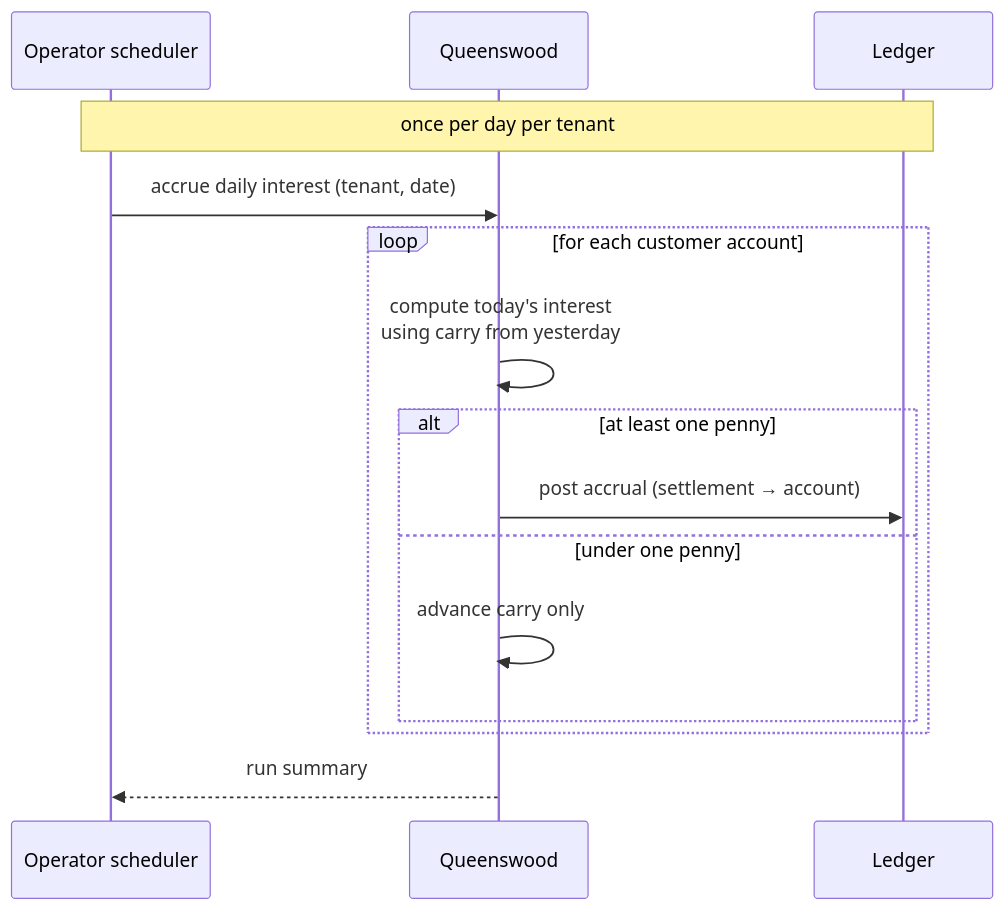
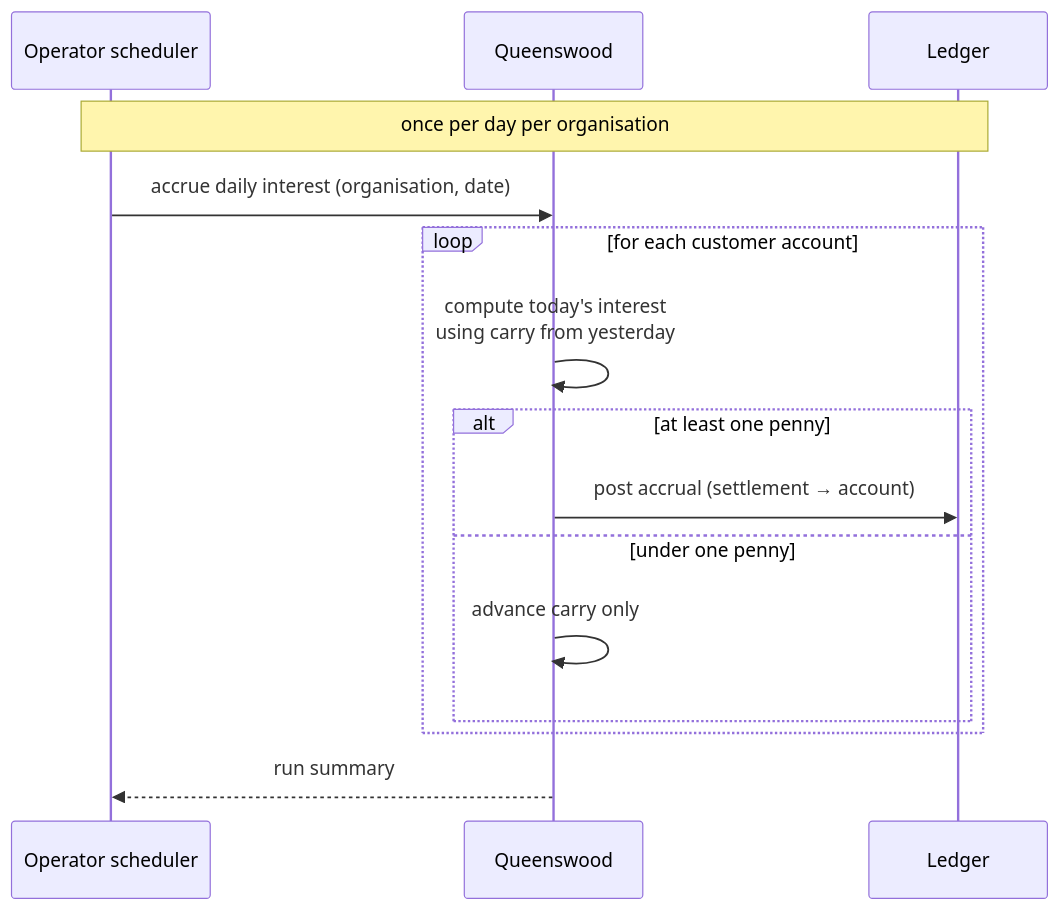
The first of 4 diagrams in docs/prd/interest.md (repldriven/queenswood), drawn with Mermaid before and after one commit. The commit also changed other lines of this file and 32 other files, not shown here.

````diff
--- a/docs/prd/interest.md
+++ b/docs/prd/interest.md
@@ -231,18 +231,18 @@
 ```mermaid
 sequenceDiagram
     participant Op as Operator scheduler
     participant Q as Queenswood
     participant L as Ledger
 
-    Note over Op,L: once per day per tenant
-    Op->>Q: accrue daily interest (tenant, date)
+    Note over Op,L: once per day per organisation
+    Op->>Q: accrue daily interest (organisation, date)
     loop for each customer account
         Q->>Q: compute today's interest<br/>using carry from yesterday
         alt at least one penny
             Q->>L: post accrual (settlement → account)
         else under one penny
             Q->>Q: advance carry only
         end
     end
     Q-->>Op: run summary
 ```
````
